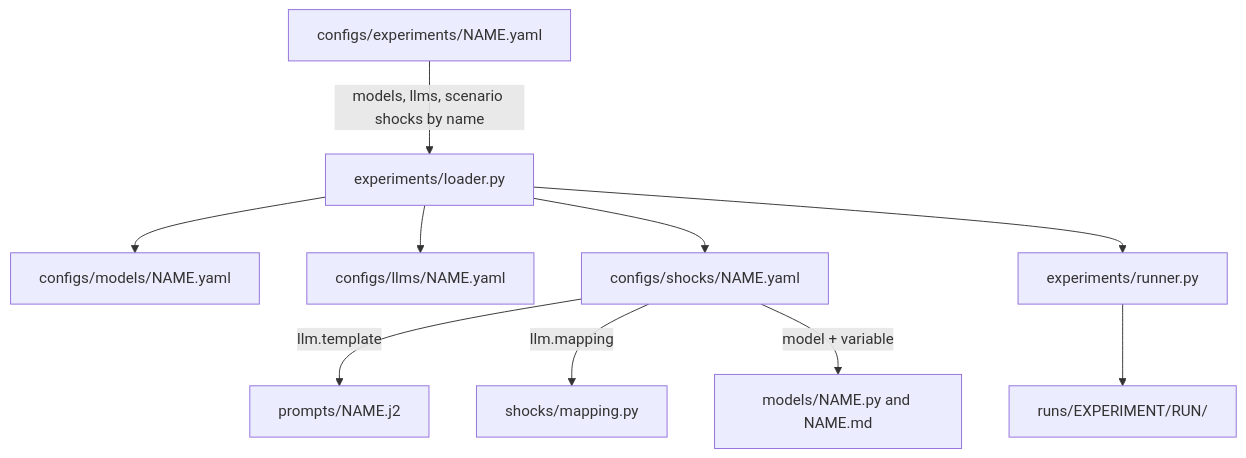
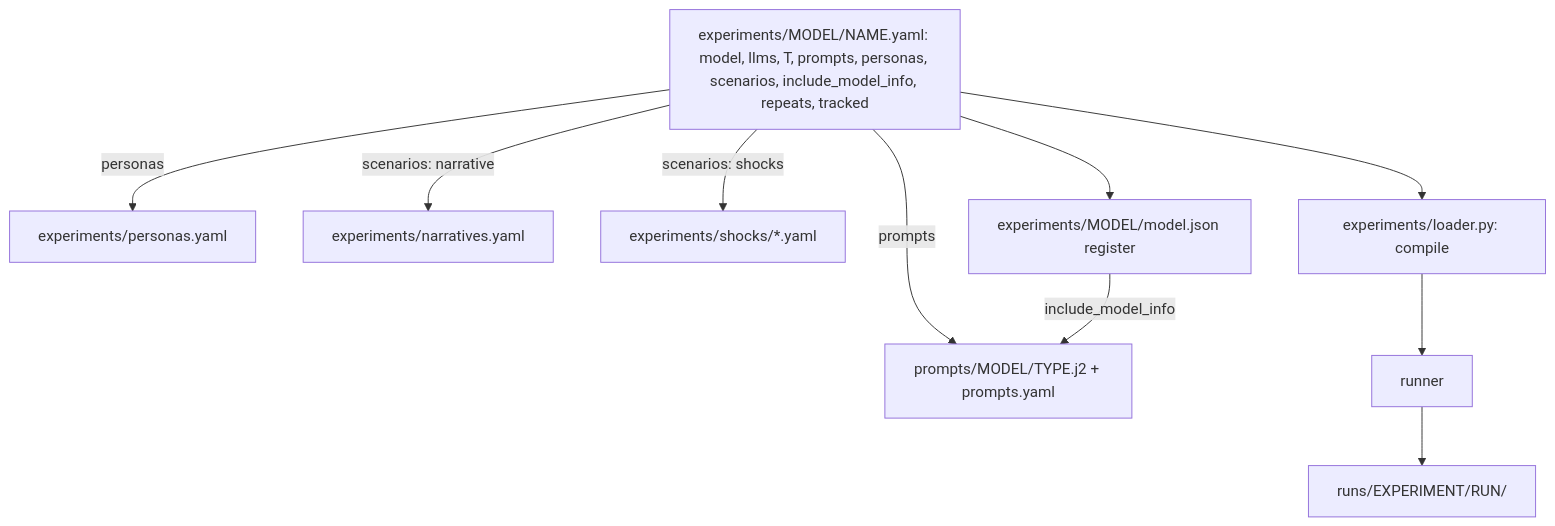
Before and after one commit to DragosGorduza/llms_for_dgse: the second of 2 diagrams in README.md, drawn with Mermaid. The commit also changed other lines of this file and 112 other files, not shown here.

````diff
--- a/README.md
+++ b/README.md
@@ -53,11 +57,11 @@
 ```mermaid
 flowchart TD
-    X["configs/experiments/NAME.yaml"] -->|"models, llms, scenario shocks by name"| L["experiments/loader.py"]
-    L --> M["configs/models/NAME.yaml"]
-    L --> A["configs/llms/NAME.yaml"]
-    L --> S["configs/shocks/NAME.yaml"]
-    S -->|"llm.template"| P["prompts/NAME.j2"]
-    S -->|"llm.mapping"| F["shocks/mapping.py"]
-    S -->|"model + variable"| V["models/NAME.py and NAME.md"]
-    L --> R["experiments/runner.py"] --> O["runs/EXPERIMENT/RUN/"]
+    X["experiments/MODEL/NAME.yaml: model, llms, T, prompts, personas, scenarios, include_model_info, repeats, tracked"]
+    X -->|"personas"| B["experiments/personas.yaml"]
+    X -->|"scenarios: narrative"| N0["experiments/narratives.yaml"]
+    X -->|"scenarios: shocks"| S["experiments/shocks/*.yaml"]
+    X -->|"prompts"| P["prompts/MODEL/TYPE.j2 + prompts.yaml"]
+    X --> R["experiments/MODEL/model.json register"]
+    R -->|"include_model_info"| P
+    X --> L["experiments/loader.py: compile"] --> N["runner"] --> O["runs/EXPERIMENT/RUN/"]
 ```
````
